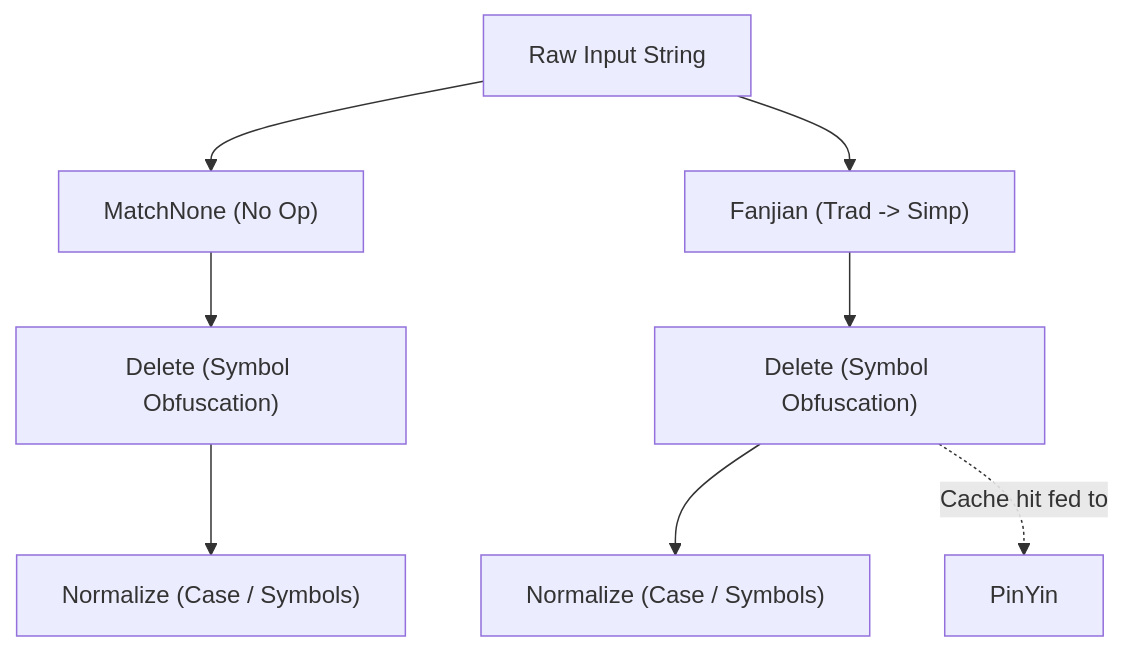
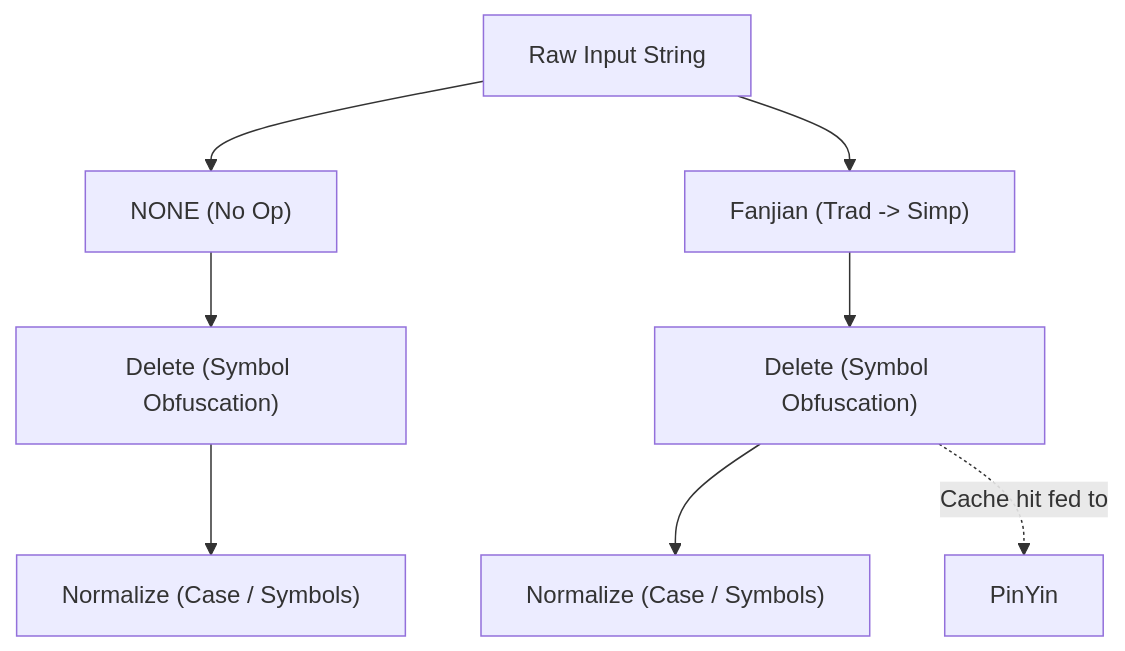
The diagram in DESIGN.md (Lips7/Matcher), drawn with Mermaid before and after one commit. The commit also changed other lines of this file and 3 other files, not shown here.

````diff
--- a/DESIGN.md
+++ b/DESIGN.md
@@ -99,13 +99,13 @@
 ```mermaid
 flowchart TD
-    Raw["Raw Input String"] --> None["MatchNone (No Op)"]
+    Raw["Raw Input String"] --> None["NONE (No Op)"]
     Raw --> Fanjian["Fanjian (Trad -> Simp)"]
 
     Fanjian --> F_Delete["Delete (Symbol Obfuscation)"]
     None --> N_Delete["Delete (Symbol Obfuscation)"]
 
     F_Delete --> F_D_Norm["Normalize (Case / Symbols)"]
     N_Delete --> N_Norm["Normalize (Case / Symbols)"]
 
     F_Delete -.-> |Cache hit fed to| F_D_Pinyin["PinYin"]
 ```
````
